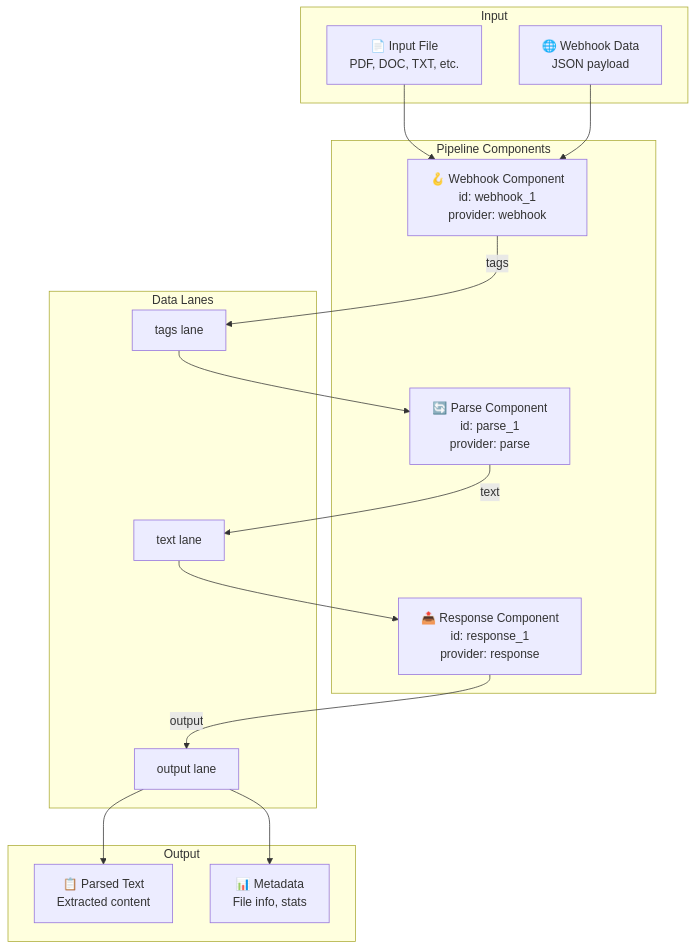
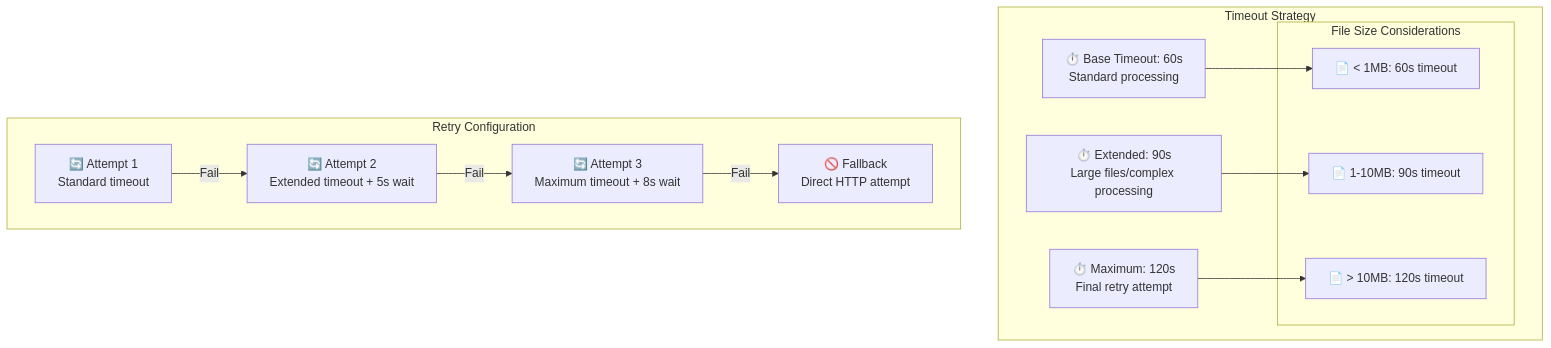
One commit to AparaviSoftware/dtc-api-sdk changed the ninth of 11 diagrams in docs/ARCHITECTURE.md. Above: the diagram before and after it, drawn with Mermaid. The commit also changed other lines of this file and 45 other files, not shown here.

````diff
--- a/docs/ARCHITECTURE.md
+++ b/docs/ARCHITECTURE.md
@@ -125,37 +365,29 @@
 ```mermaid
-graph TD
-    subgraph "Input"
-        File[📄 Input File<br/>PDF, DOC, TXT, etc.]
-        WebData[🌐 Webhook Data<br/>JSON payload]
+graph TB
+    subgraph "Timeout Strategy"
+        BaseTimeout[⏱️ Base Timeout: 60s<br/>Standard processing]
+        ExtendedTimeout[⏱️ Extended: 90s<br/>Large files/complex processing]
+        MaxTimeout[⏱️ Maximum: 120s<br/>Final retry attempt]
+        
+        subgraph "File Size Considerations"
+            SmallFiles[📄 < 1MB: 60s timeout]
+            MediumFiles[📄 1-10MB: 90s timeout]
+            LargeFiles[📄 > 10MB: 120s timeout]
+        end
+        
+        BaseTimeout --> SmallFiles
+        ExtendedTimeout --> MediumFiles
+        MaxTimeout --> LargeFiles
     end
     
-    subgraph "Pipeline Components"
-        Webhook[🪝 Webhook Component<br/>id: webhook_1<br/>provider: webhook]
-        Parse[🔄 Parse Component<br/>id: parse_1<br/>provider: parse]
-        Response[📤 Response Component<br/>id: response_1<br/>provider: response]
+    subgraph "Retry Configuration"
+        Attempt1[🔄 Attempt 1<br/>Standard timeout]
+        Attempt2[🔄 Attempt 2<br/>Extended timeout + 5s wait]
+        Attempt3[🔄 Attempt 3<br/>Maximum timeout + 8s wait]
+        FinalFallback[🚫 Fallback<br/>Direct HTTP attempt]
+        
+        Attempt1 --> |Fail| Attempt2
+        Attempt2 --> |Fail| Attempt3
+        Attempt3 --> |Fail| FinalFallback
     end
-    
-    subgraph "Data Lanes"
-        TagsLane[tags lane]
-        TextLane[text lane]
-        OutputLane[output lane]
-    end
-    
-    subgraph "Output"
-        ParsedText[📋 Parsed Text<br/>Extracted content]
-        Metadata[📊 Metadata<br/>File info, stats]
-    end
-    
-    File --> Webhook
-    WebData --> Webhook
-    
-    Webhook --> |tags| TagsLane
-    TagsLane --> Parse
-    
-    Parse --> |text| TextLane
-    TextLane --> Response
-    
-    Response --> |output| OutputLane
-    OutputLane --> ParsedText
-    OutputLane --> Metadata
 ```
````
